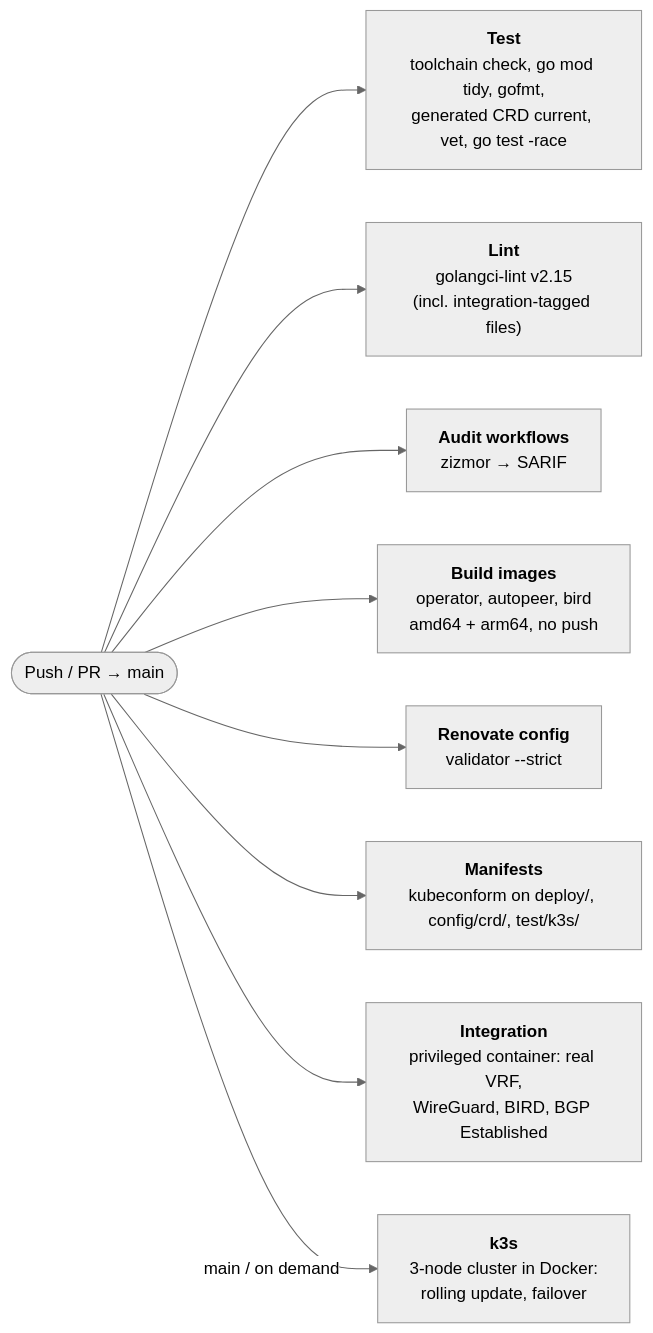
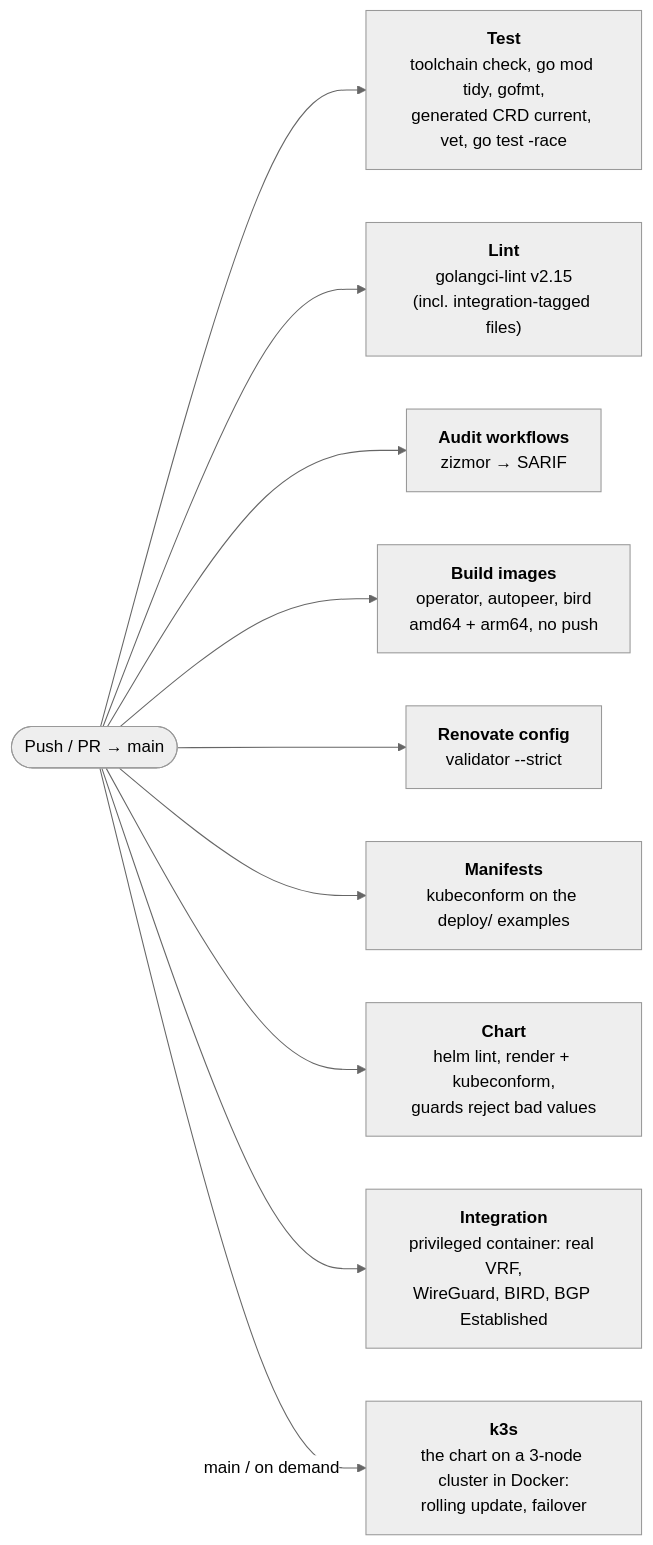
Before and after one commit to oscrx/dn42-operator: the first of 3 diagrams in .github/PIPELINE.md, drawn with Mermaid (neutral theme). The commit also changed other lines of this file and 20 other files, not shown here.

First line of the commit message:
Helm chart: charts/dn42-operator, published to oci://ghcr.io/oscrx/charts

````diff
--- a/.github/PIPELINE.md
+++ b/.github/PIPELINE.md
@@ -15,13 +15,14 @@
 ```mermaid
 flowchart LR
     trigger(["Push / PR → main"])
 
     trigger --> test["<b>Test</b><br/>toolchain check, go mod tidy, gofmt,<br/>generated CRD current, vet, go test -race"]
     trigger --> lint["<b>Lint</b><br/>golangci-lint v2.15<br/>(incl. integration-tagged files)"]
     trigger --> audit["<b>Audit workflows</b><br/>zizmor → SARIF"]
     trigger --> build["<b>Build images</b><br/>operator, autopeer, bird<br/>amd64 + arm64, no push"]
     trigger --> renovate["<b>Renovate config</b><br/>validator --strict"]
-    trigger --> manifests["<b>Manifests</b><br/>kubeconform on deploy/, config/crd/, test/k3s/"]
+    trigger --> manifests["<b>Manifests</b><br/>kubeconform on the deploy/ examples"]
+    trigger --> chart["<b>Chart</b><br/>helm lint, render + kubeconform,<br/>guards reject bad values"]
     trigger --> integration["<b>Integration</b><br/>privileged container: real VRF,<br/>WireGuard, BIRD, BGP Established"]
-    trigger -- "main / on demand" --> k3s["<b>k3s</b><br/>3-node cluster in Docker:<br/>rolling update, failover"]
+    trigger -- "main / on demand" --> k3s["<b>k3s</b><br/>the chart on a 3-node cluster in Docker:<br/>rolling update, failover"]
 ```
````
